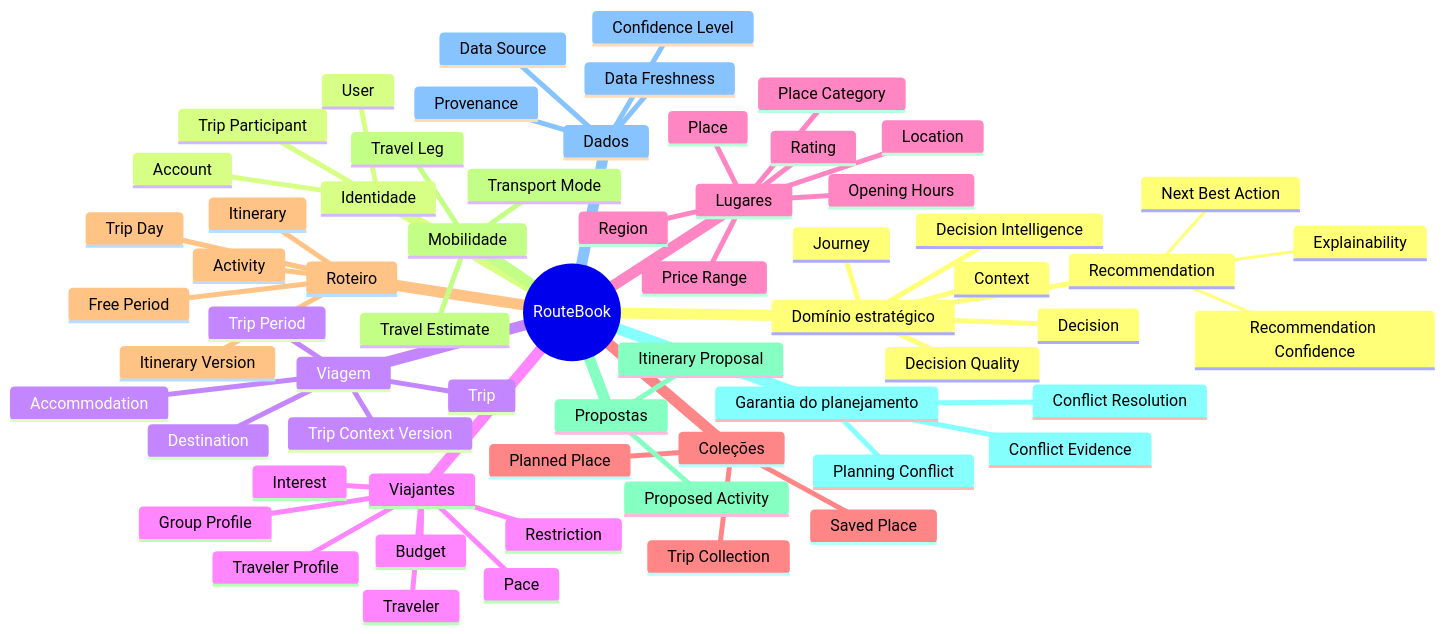
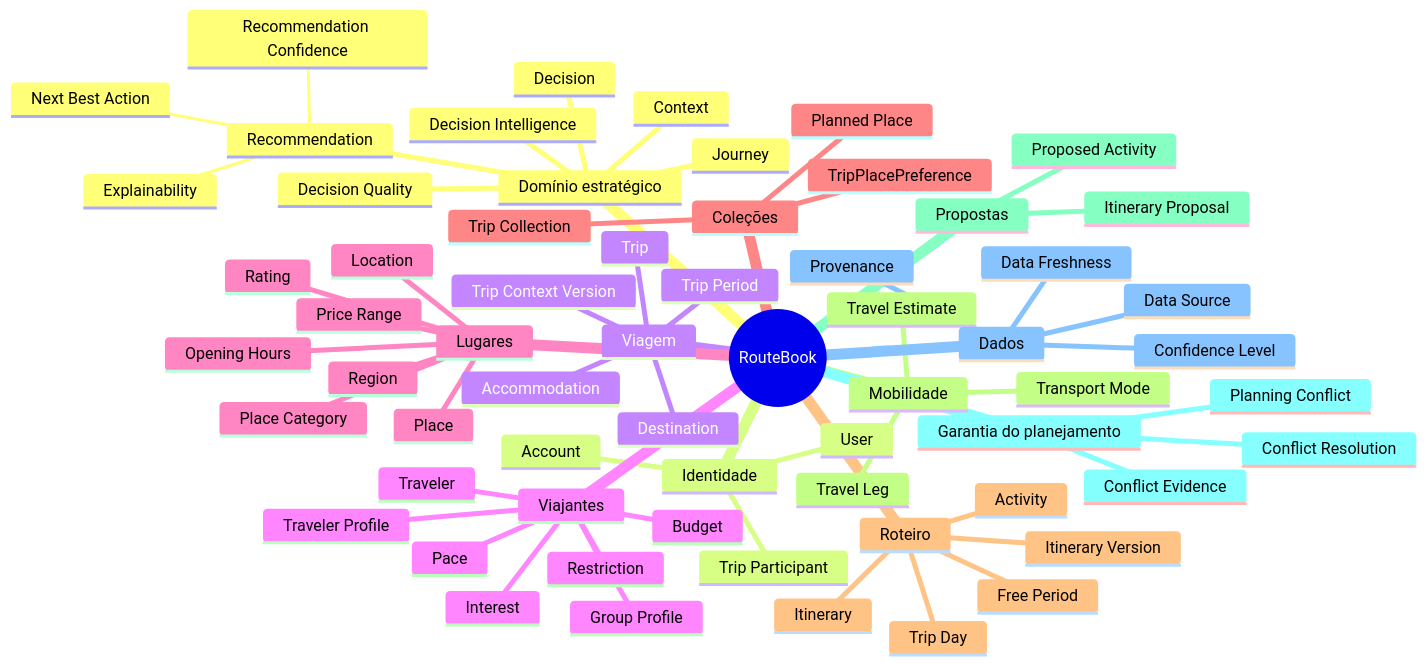
Before and after one commit to collapsy/Routebook: the third of 10 diagrams in docs/domain/ubiquitous-language.md, drawn with Mermaid. The commit also changed other lines of this file and 16 other files, not shown here.

````diff
--- a/docs/domain/ubiquitous-language.md
+++ b/docs/domain/ubiquitous-language.md
@@ -332,66 +332,66 @@
 ```mermaid
 mindmap
   root((RouteBook))
     Domínio estratégico
       Journey
       Context
       Decision
       Recommendation
         Next Best Action
         Recommendation Confidence
         Explainability
       Decision Intelligence
       Decision Quality
     Identidade
       Account
       User
       Trip Participant
     Viagem
       Trip
       Destination
       Trip Period
       Accommodation
       Trip Context Version
     Viajantes
       Traveler Profile
       Traveler
       Group Profile
       Interest
       Restriction
       Budget
       Pace
     Lugares
       Place
       Place Category
       Opening Hours
       Price Range
       Rating
       Location
       Region
     Coleções
       Trip Collection
-      Saved Place
+      TripPlacePreference
       Planned Place
     Roteiro
       Itinerary
       Trip Day
       Activity
       Free Period
       Itinerary Version
     Mobilidade
       Travel Leg
       Transport Mode
       Travel Estimate
     Propostas
       Itinerary Proposal
       Proposed Activity
     Garantia do planejamento
       Planning Conflict
       Conflict Evidence
       Conflict Resolution
     Dados
       Data Source
       Provenance
       Confidence Level
       Data Freshness
 ```
````
